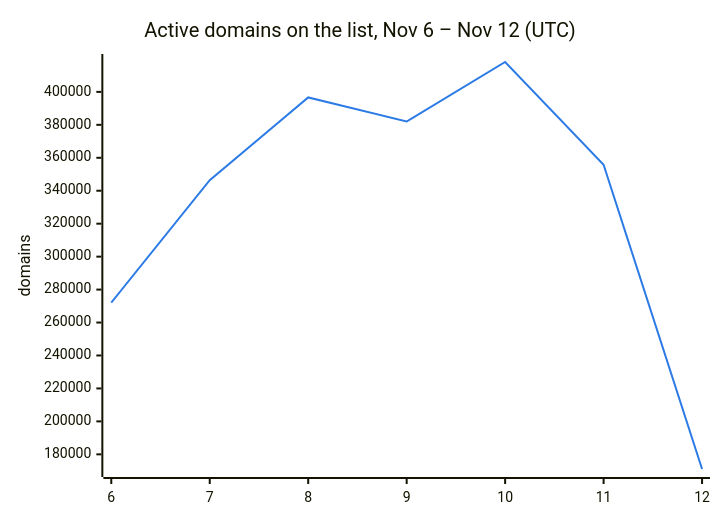
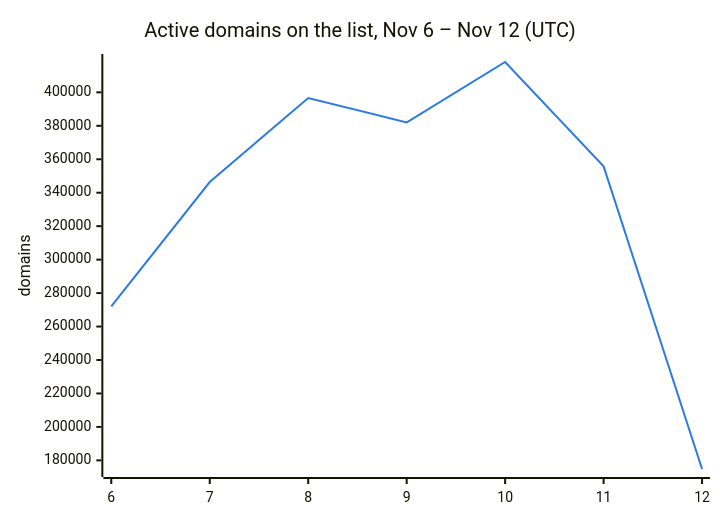
One commit to DNSBunker/CTI changed the second of 3 diagrams in README.md. Above: the diagram before and after it, drawn with Mermaid. The commit also changed other lines of this file and 3 other files, not shown here.

````diff
--- a/README.md
+++ b/README.md
@@ -38,8 +38,8 @@
 ```mermaid
 %%{init: {"themeVariables": {"xyChart": {"plotColorPalette": "#2c7be5"}}}}%%
 xychart-beta
     title "Active domains on the list, Nov 6 – Nov 12 (UTC)"
     x-axis ["6", "7", "8", "9", "10", "11", "12"]
     y-axis "domains"
-    line [272088, 346388, 396638, 382009, 418143, 355765, 171096]
+    line [272088, 346388, 396638, 382009, 418143, 355765, 174842]
 ```
````
